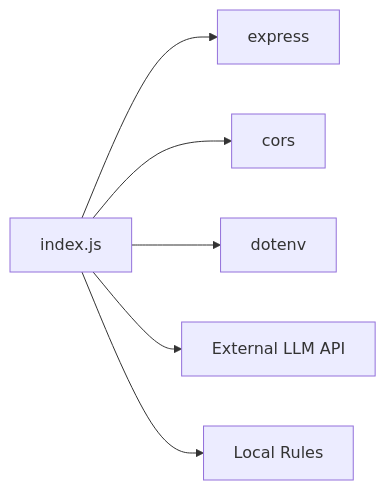
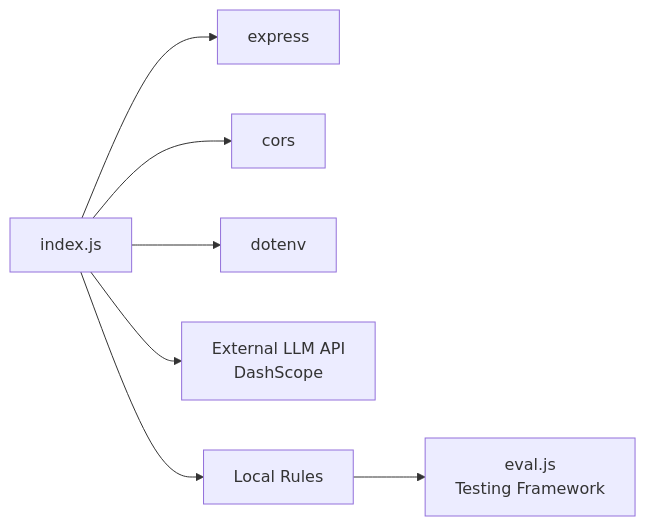
Before and after one commit to cyberNoman/Safe-Pakistan: the sixth of 6 diagrams in .qoder/repowiki/en/content/API Reference/API Reference.md, drawn with Mermaid. The commit also changed other lines of this file and 52 other files, not shown here.

````diff
--- a/.qoder/repowiki/en/content/API Reference/API Reference.md
+++ b/.qoder/repowiki/en/content/API Reference/API Reference.md
@@ -232,8 +291,9 @@
 ```mermaid
 graph LR
 A["index.js"] --> B["express"]
 A --> C["cors"]
 A --> D["dotenv"]
-A --> E["External LLM API"]
+A --> E["External LLM API<br/>DashScope"]
 A --> F["Local Rules"]
+F --> G["eval.js<br/>Testing Framework"]
 ```
````
